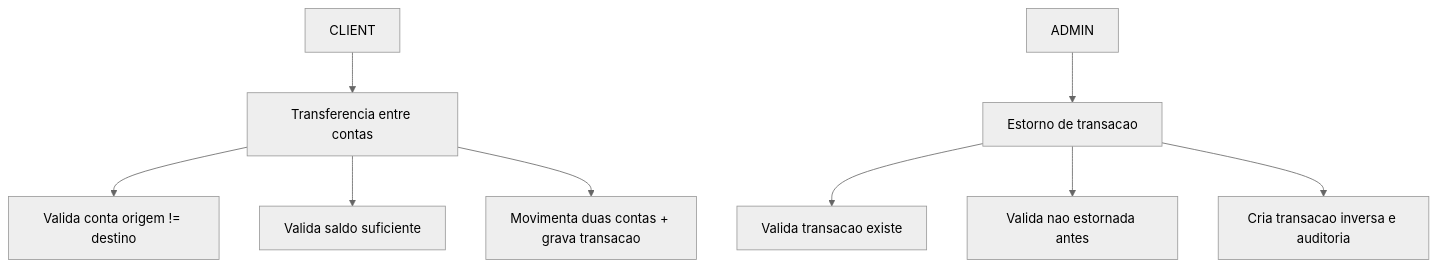
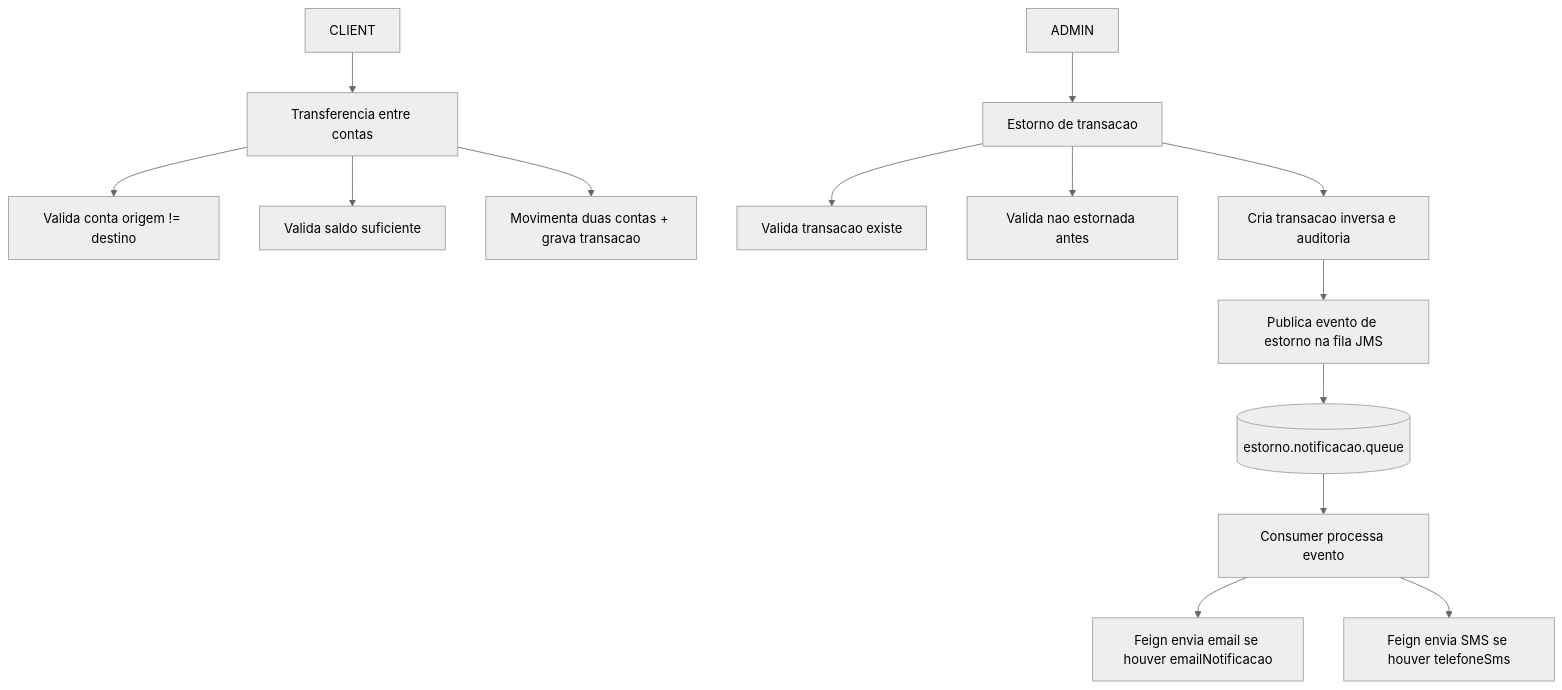
One commit to viniruggeri/midas-fintech-java changed the third of 3 diagrams in docs/diagrams/arquitetura-midas.md. Above: the diagram before and after it, drawn with Mermaid (neutral theme). The commit also changed other lines of this file and 8 other files, not shown here.

````diff
--- a/docs/diagrams/arquitetura-midas.md
+++ b/docs/diagrams/arquitetura-midas.md
@@ -60,12 +90,17 @@
 ```mermaid
 flowchart TD
     CL[CLIENT] --> T1[Transferencia entre contas]
     T1 --> V1[Valida conta origem != destino]
     T1 --> V2[Valida saldo suficiente]
     T1 --> M1[Movimenta duas contas + grava transacao]
 
     AD[ADMIN] --> E1[Estorno de transacao]
     E1 --> V3[Valida transacao existe]
     E1 --> V4[Valida nao estornada antes]
     E1 --> M2[Cria transacao inversa e auditoria]
+    M2 --> P1[Publica evento de estorno na fila JMS]
+    P1 --> Q1[(estorno.notificacao.queue)]
+    Q1 --> C1[Consumer processa evento]
+    C1 --> N1[Feign envia email se houver emailNotificacao]
+    C1 --> N2[Feign envia SMS se houver telefoneSms]
 ```
````
